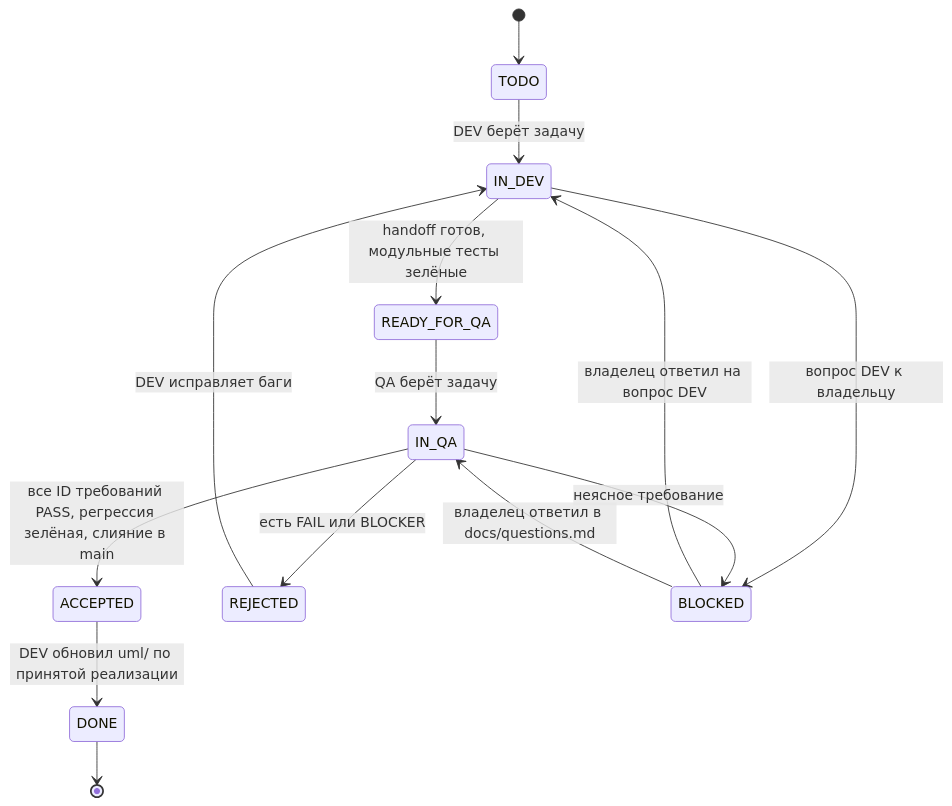
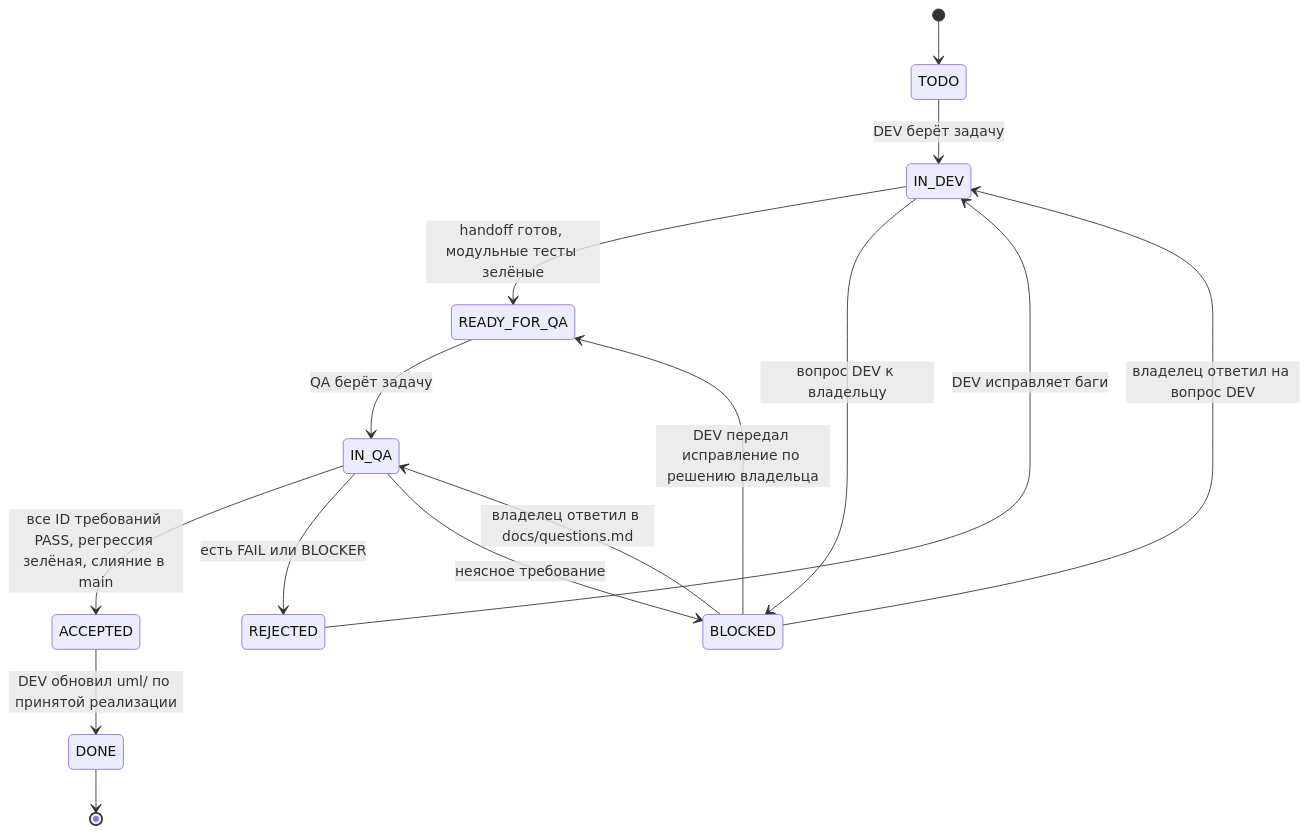
One commit to shumakove/myboard changed the diagram in WORKFLOW.md. Above: the diagram before and after it, drawn with Mermaid. The commit also changed 1 other file, not shown here.

Commit message:
Записать ответ владельца на Q-008 и добавить переход BLOCKED → READY_FOR_QA

````diff
--- a/WORKFLOW.md
+++ b/WORKFLOW.md
@@ -68,16 +68,17 @@
 ```mermaid
 stateDiagram-v2
   [*] --> TODO
   TODO --> IN_DEV: DEV берёт задачу
   IN_DEV --> READY_FOR_QA: handoff готов, модульные тесты зелёные
   READY_FOR_QA --> IN_QA: QA берёт задачу
   IN_QA --> ACCEPTED: все ID требований PASS, регрессия зелёная, слияние в main
   ACCEPTED --> DONE: DEV обновил uml/ по принятой реализации
   IN_QA --> REJECTED: есть FAIL или BLOCKER
   REJECTED --> IN_DEV: DEV исправляет баги
   IN_DEV --> BLOCKED: вопрос DEV к владельцу
   BLOCKED --> IN_DEV: владелец ответил на вопрос DEV
   IN_QA --> BLOCKED: неясное требование
   BLOCKED --> IN_QA: владелец ответил в docs/questions.md
+  BLOCKED --> READY_FOR_QA: DEV передал исправление по решению владельца
   DONE --> [*]
 ```
````
